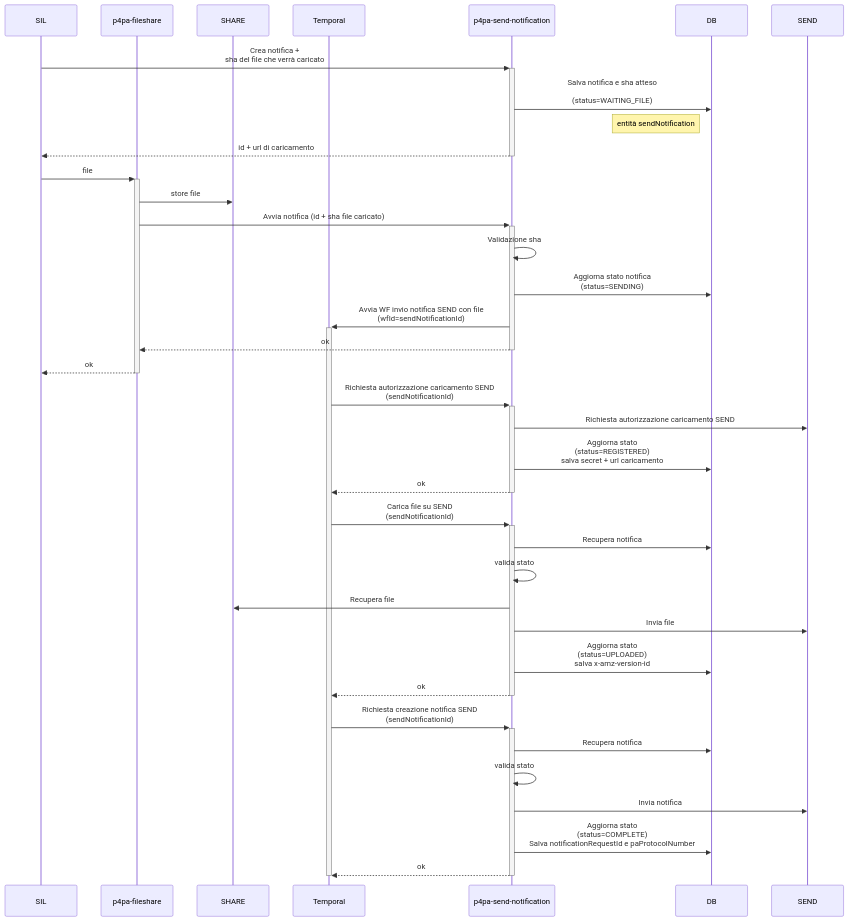
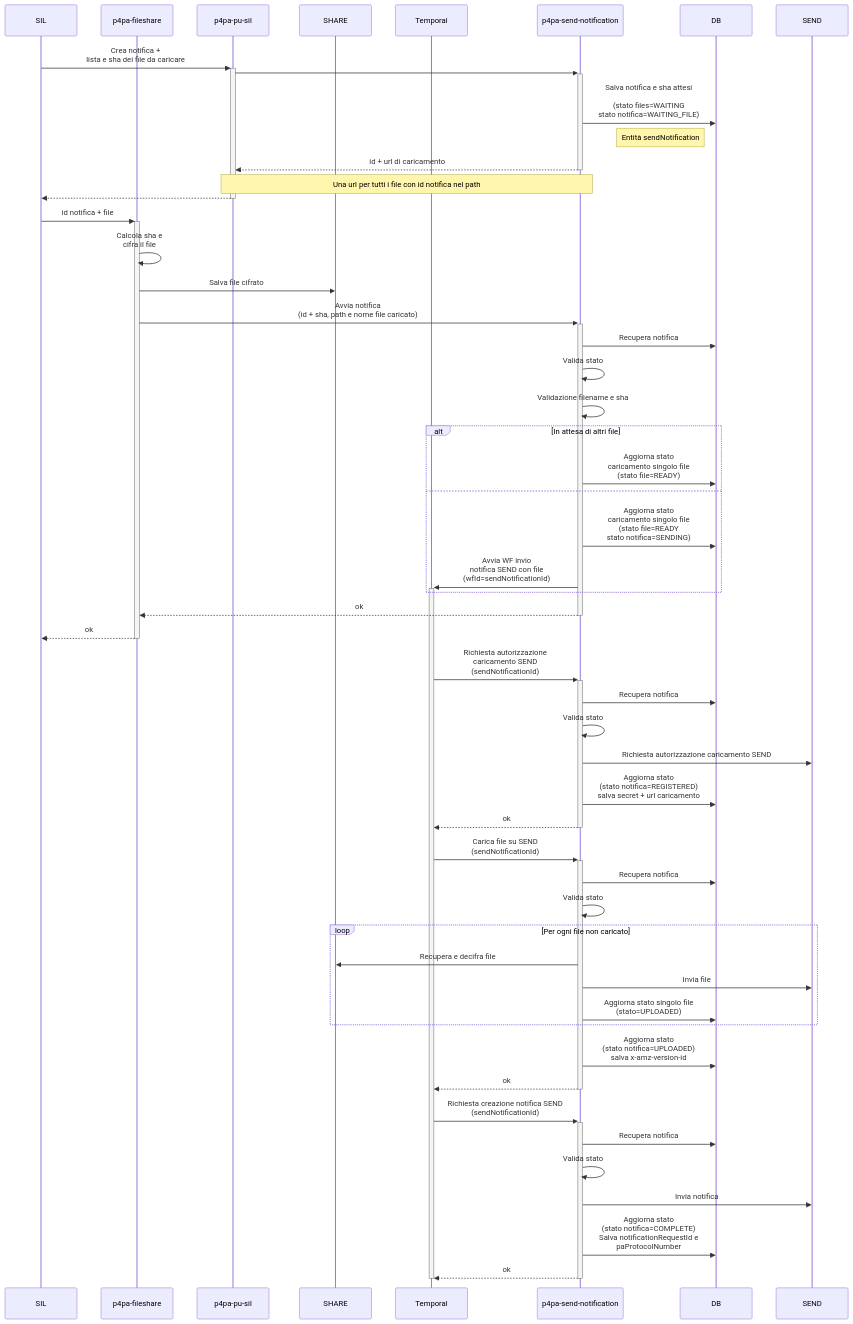
Before and after one commit to pagopa/p4pa-doc: the diagram in design/send/sequence_createNotificationWithFile.mmd, drawn with Mermaid. The commit also changed 1 other file, not shown here.

Commit message:
fix: Update send sequences to handle multiple files (#33)
* update send sequences to handle multiple files

* update send sequences to handle multiple files

```diff
--- a/design/send/sequence_createNotificationWithFile.mmd
+++ b/design/send/sequence_createNotificationWithFile.mmd
@@ -1,44 +1,60 @@
 sequenceDiagram
     participant SIL
     participant MS_SHARE as p4pa-fileshare
+    participant MS_SIL as p4pa-pu-sil
     participant SHARE
     participant WF as Temporal
     participant MS_SEND as p4pa-send-notification
     participant DB
     participant SEND_PAGOPA as SEND
 
-    SIL ->>+ MS_SEND: Crea notifica +<BR />sha del file che verrà caricato
-        MS_SEND ->> DB: Salva notifica e sha atteso<BR /><BR />(status=WAITING_FILE)
-        note left of DB: entità sendNotification
-        MS_SEND -->>- SIL: id + url di caricamento
+    SIL ->>+ MS_SIL: Crea notifica +<BR />lista e sha dei file da caricare
+        MS_SIL ->>+ MS_SEND: #
+            MS_SEND ->> DB: Salva notifica e sha attesi<BR /><BR />(stato files=WAITING<BR />stato notifica=WAITING_FILE)
+            note left of DB: Entità sendNotification
+            MS_SEND -->>- MS_SIL: id + url di caricamento
+            note over MS_SIL,MS_SEND: Una url per tutti i file con id notifica nel path
+        MS_SIL -->>- SIL: #
 
-    SIL ->>+ MS_SHARE: file
-        MS_SHARE ->> SHARE: store file
-        MS_SHARE ->>+ MS_SEND: Avvia notifica (id + sha file caricato)
-            MS_SEND ->> MS_SEND: Validazione sha
-            MS_SEND ->> DB: Aggiorna stato notifica<BR />(status=SENDING)
-            MS_SEND ->>+ WF: Avvia WF invio notifica SEND con file<BR />(wfId=sendNotificationId)
+    SIL ->>+ MS_SHARE: id notifica + file
+        MS_SHARE ->> MS_SHARE: Calcola sha e<BR />cifra il file
+        MS_SHARE ->> SHARE: Salva file cifrato
+        MS_SHARE ->>+ MS_SEND: Avvia notifica<BR />(id + sha, path e nome file caricato)
+            MS_SEND ->> DB: Recupera notifica
+            MS_SEND ->> MS_SEND: Valida stato
+            MS_SEND ->> MS_SEND: Validazione filename e sha
+            alt In attesa di altri file
+                MS_SEND ->> DB: Aggiorna stato<BR />caricamento singolo file<BR />(stato file=READY)
+            else
+                MS_SEND ->> DB: Aggiorna stato<BR />caricamento singolo file<BR />(stato file=READY<BR />stato notifica=SENDING)
+                MS_SEND ->>+ WF: Avvia WF invio<BR />notifica SEND con file<BR />(wfId=sendNotificationId)
+            end
             MS_SEND -->>- MS_SHARE: ok
     MS_SHARE -->>- SIL: ok
 
-    WF ->>+ MS_SEND: Richiesta autorizzazione caricamento SEND<BR />(sendNotificationId)
+    WF ->>+ MS_SEND: Richiesta autorizzazione<BR />caricamento SEND<BR />(sendNotificationId)
+        MS_SEND ->> DB: Recupera notifica
+        MS_SEND ->> MS_SEND: Valida stato
         MS_SEND ->> SEND_PAGOPA: Richiesta autorizzazione caricamento SEND
-        MS_SEND ->> DB: Aggiorna stato<BR />(status=REGISTERED)<BR />salva secret + url caricamento
+        MS_SEND ->> DB: Aggiorna stato<BR />(stato notifica=REGISTERED)<BR />salva secret + url caricamento
         MS_SEND -->>- WF: ok
 
     WF ->>+ MS_SEND: Carica file su SEND<BR />(sendNotificationId)
         MS_SEND ->> DB: Recupera notifica
-        MS_SEND ->> MS_SEND: valida stato
-        MS_SEND ->> SHARE: Recupera file
-        MS_SEND ->> SEND_PAGOPA: Invia file
-        MS_SEND ->> DB: Aggiorna stato<BR />(status=UPLOADED)<BR />salva x-amz-version-id
+        MS_SEND ->> MS_SEND: Valida stato
+        loop Per ogni file non caricato
+            MS_SEND ->> SHARE: Recupera e decifra file
+            MS_SEND ->> SEND_PAGOPA: Invia file
+            MS_SEND ->> DB: Aggiorna stato singolo file<BR />(stato=UPLOADED)
+        end
+        MS_SEND ->> DB: Aggiorna stato<BR />(stato notifica=UPLOADED)<BR />salva x-amz-version-id
         MS_SEND -->>- WF: ok
 
     WF ->>+ MS_SEND: Richiesta creazione notifica SEND<BR />(sendNotificationId)
         MS_SEND ->> DB: Recupera notifica
-        MS_SEND ->> MS_SEND: valida stato
+        MS_SEND ->> MS_SEND: Valida stato
         MS_SEND ->> SEND_PAGOPA: Invia notifica
-        MS_SEND ->> DB: Aggiorna stato<BR />(status=COMPLETE)<BR />Salva notificationRequestId e paProtocolNumber
+        MS_SEND ->> DB: Aggiorna stato<BR />(stato notifica=COMPLETE)<BR />Salva notificationRequestId e<BR/>paProtocolNumber
         MS_SEND -->>- WF: ok
 
     deactivate WF
```
